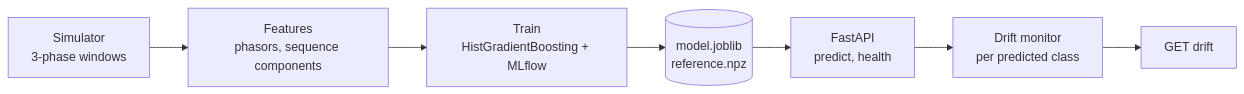
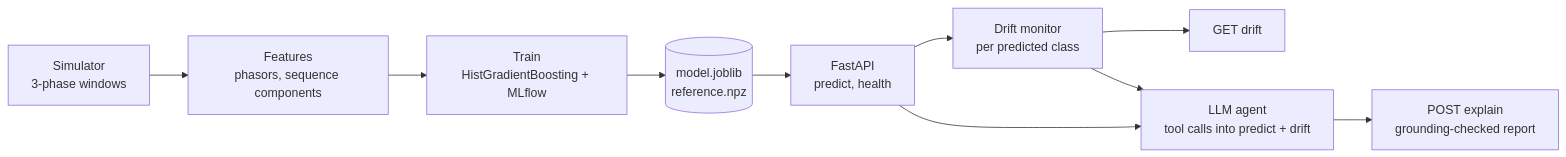
The diagram in README.md (nithinppn/grid-fault-service), drawn with Mermaid before and after one commit. The commit also changed other lines of this file and 6 other files, not shown here.

Commit message:
Add /explain: grounded operator report via LLM tool calling (Groq or Anthropic)

````diff
--- a/README.md
+++ b/README.md
@@ -11,9 +11,12 @@
 ```mermaid
 flowchart LR
     A["Simulator<br/>3-phase windows"] --> B["Features<br/>phasors, sequence components"]
     B --> C["Train<br/>HistGradientBoosting + MLflow"]
     C --> D[("model.joblib<br/>reference.npz")]
     D --> E["FastAPI<br/>predict, health"]
     E --> F["Drift monitor<br/>per predicted class"]
     F --> G["GET drift"]
+    E --> H["LLM agent<br/>tool calls into predict + drift"]
+    F --> H
+    H --> I["POST explain<br/>grounding-checked report"]
 ```
````
